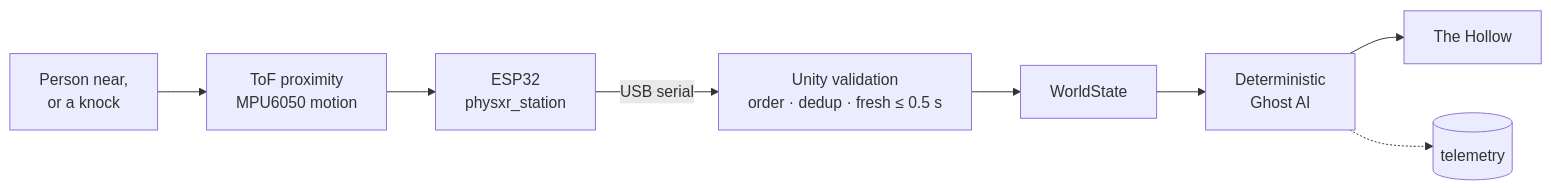
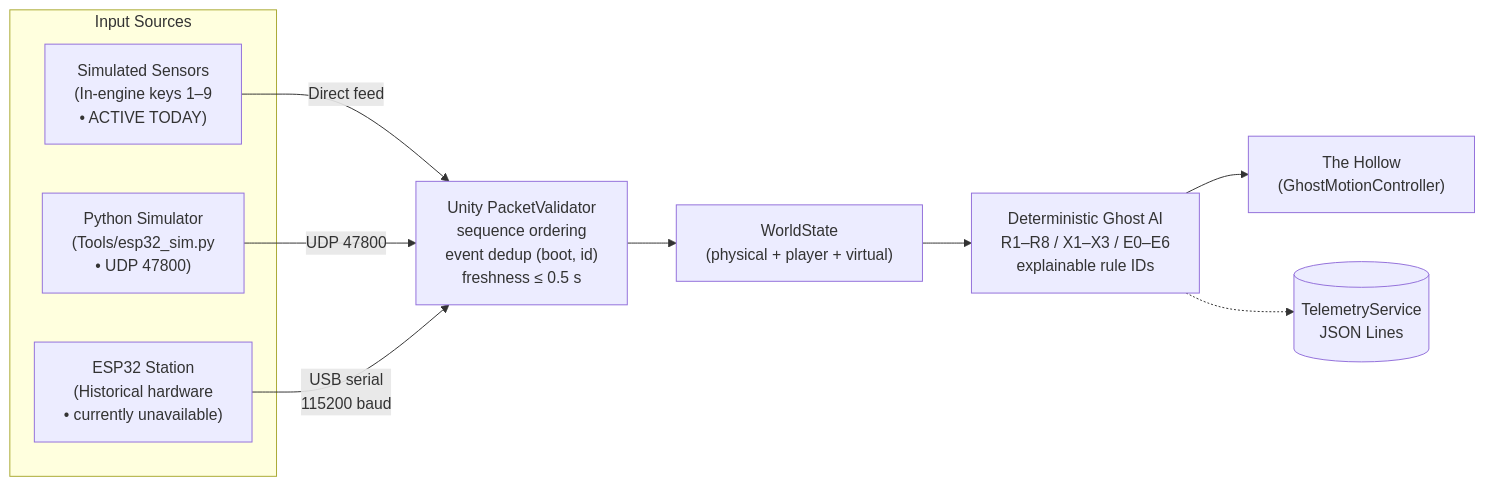
One commit to ArnavJain2005/PHYS-XR changed the diagram in README.md. Above: the diagram before and after it, drawn with Mermaid. The commit also changed other lines of this file and 1 other file, not shown here.

First line of the commit message:
docs: reframe README around simulated sensors and remove station placeholders

````diff
--- a/README.md
+++ b/README.md
@@ -56,6 +117,17 @@
 ```mermaid
 flowchart LR
-    P["Person near,<br/>or a knock"] --> S["ToF proximity<br/>MPU6050 motion"] --> E["ESP32<br/>physxr_station"]
-    E -->|"USB serial"| V["Unity validation<br/>order · dedup · fresh ≤ 0.5 s"] --> W["WorldState"] --> D["Deterministic<br/>Ghost AI"] --> G["The Hollow"]
-    D -.-> T[("telemetry")]
+    subgraph Inputs["Input Sources"]
+        SIM["Simulated Sensors<br/>(In-engine keys 1–9<br/>• ACTIVE TODAY)"]
+        PY["Python Simulator<br/>(Tools/esp32_sim.py<br/>• UDP 47800)"]
+        HIST["ESP32 Station<br/>(Historical hardware<br/>• currently unavailable)"]
+    end
+
+    SIM -->|"Direct feed"| V["Unity PacketValidator<br/>sequence ordering<br/>event dedup (boot, id)<br/>freshness ≤ 0.5 s"]
+    PY -->|"UDP 47800"| V
+    HIST -->|"USB serial<br/>115200 baud"| V
+
+    V --> W["WorldState<br/>(physical + player + virtual)"]
+    W --> D["Deterministic Ghost AI<br/>R1–R8 / X1–X3 / E0–E6<br/>explainable rule IDs"]
+    D --> G["The Hollow<br/>(GhostMotionController)"]
+    D -.-> T[("TelemetryService<br/>JSON Lines")]
 ```
````
